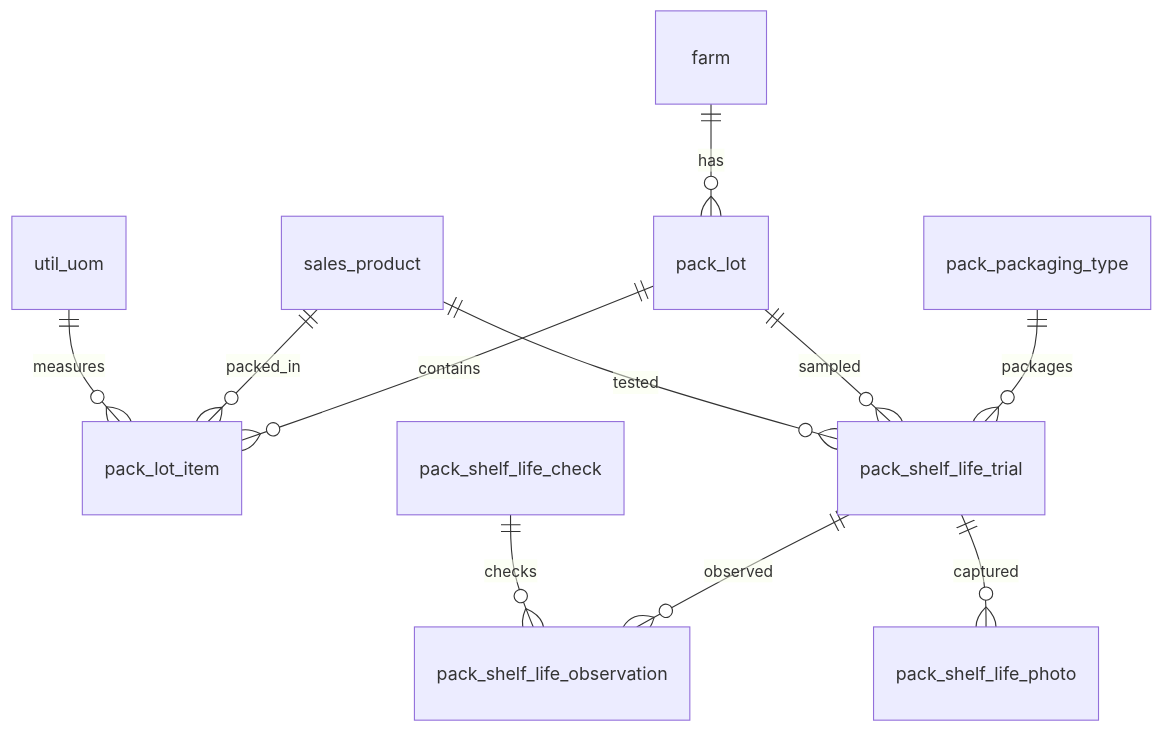
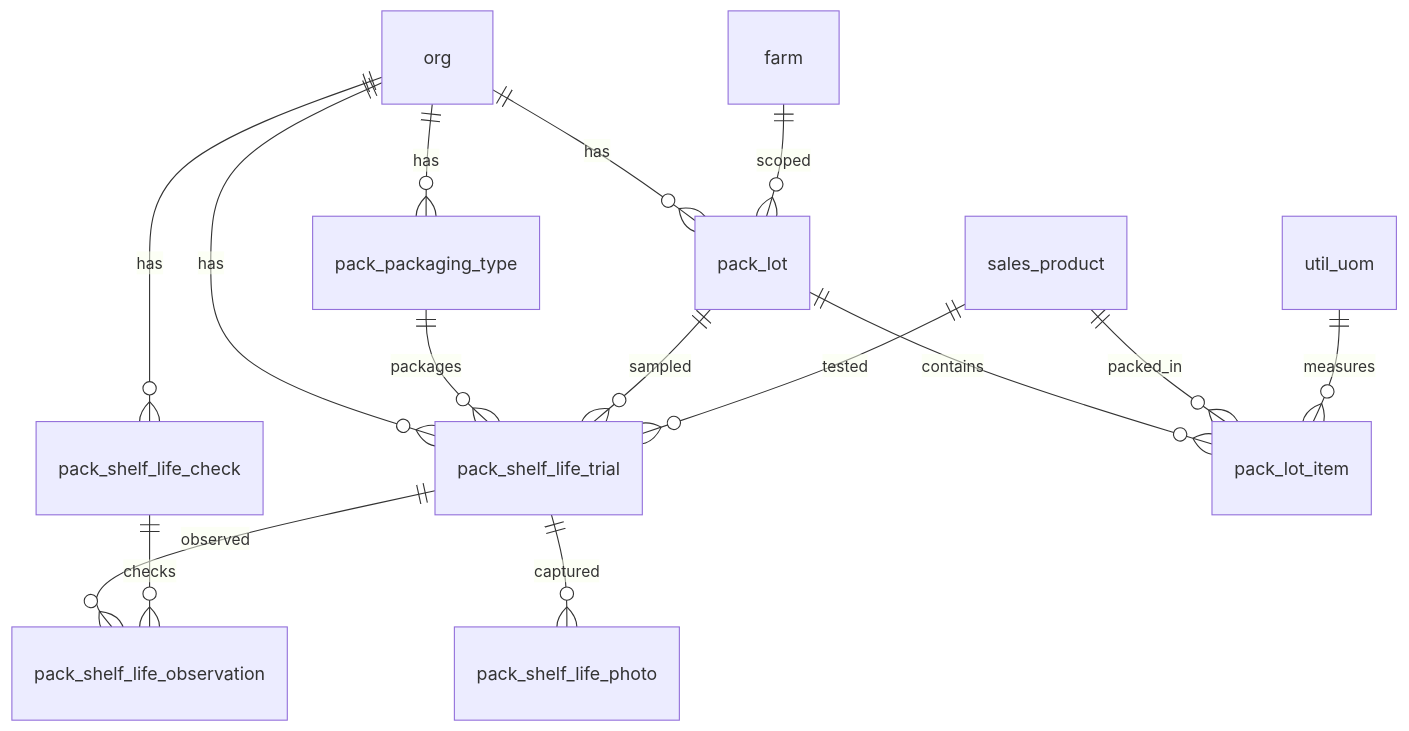
One commit to Hawaii-Farming/aloha-app changed the diagram in docs/schemas/20260319_05_pack.md. Above: the diagram before and after it, drawn with Mermaid. The commit also changed 21 other files, not shown here.

````diff
--- a/docs/schemas/20260319_05_pack.md
+++ b/docs/schemas/20260319_05_pack.md
@@ -13,14 +13,18 @@
 ```mermaid
 erDiagram
-    farm ||--o{ pack_lot : has
+    org ||--o{ pack_packaging_type : has
+    org ||--o{ pack_lot : has
+    org ||--o{ pack_shelf_life_check : has
+    org ||--o{ pack_shelf_life_trial : has
+    farm ||--o{ pack_lot : scoped
     pack_lot ||--o{ pack_lot_item : contains
     sales_product ||--o{ pack_lot_item : packed_in
     util_uom ||--o{ pack_lot_item : measures
 
     pack_packaging_type ||--o{ pack_shelf_life_trial : packages
     pack_lot ||--o{ pack_shelf_life_trial : sampled
     sales_product ||--o{ pack_shelf_life_trial : tested
     pack_shelf_life_trial ||--o{ pack_shelf_life_observation : observed
     pack_shelf_life_check ||--o{ pack_shelf_life_observation : checks
     pack_shelf_life_trial ||--o{ pack_shelf_life_photo : captured
 ```
````
